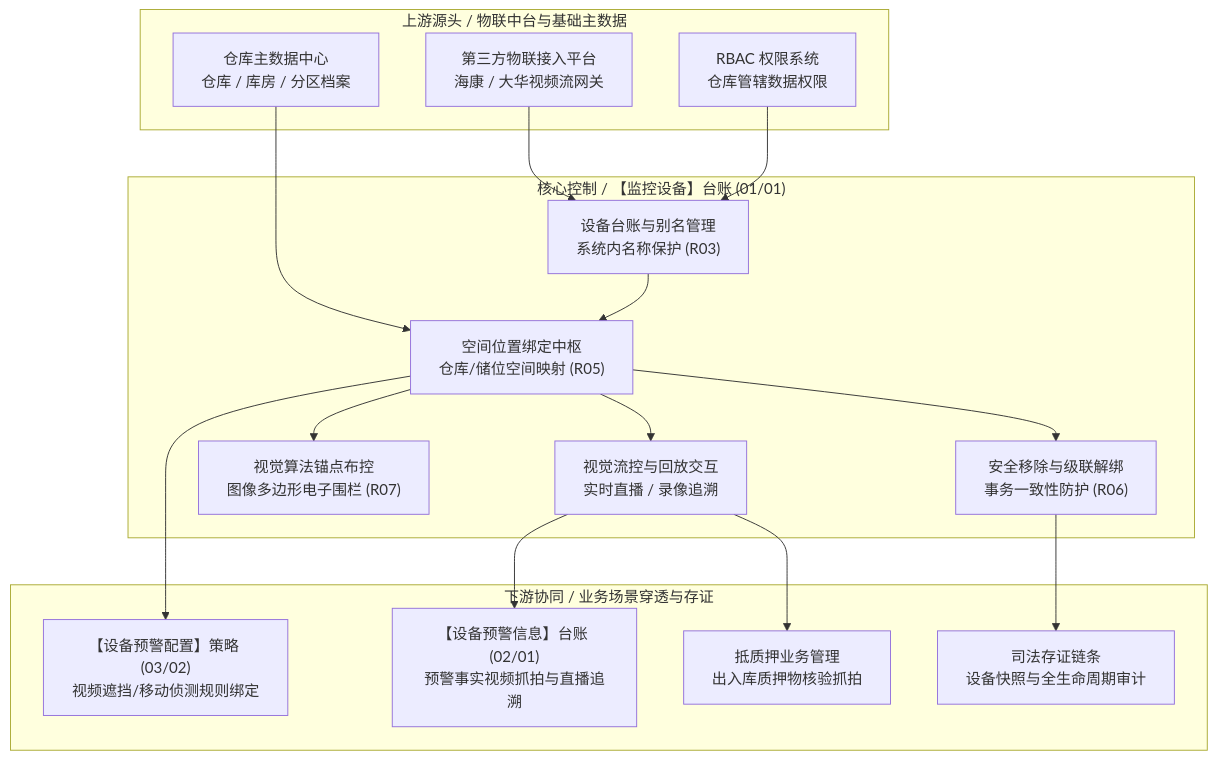
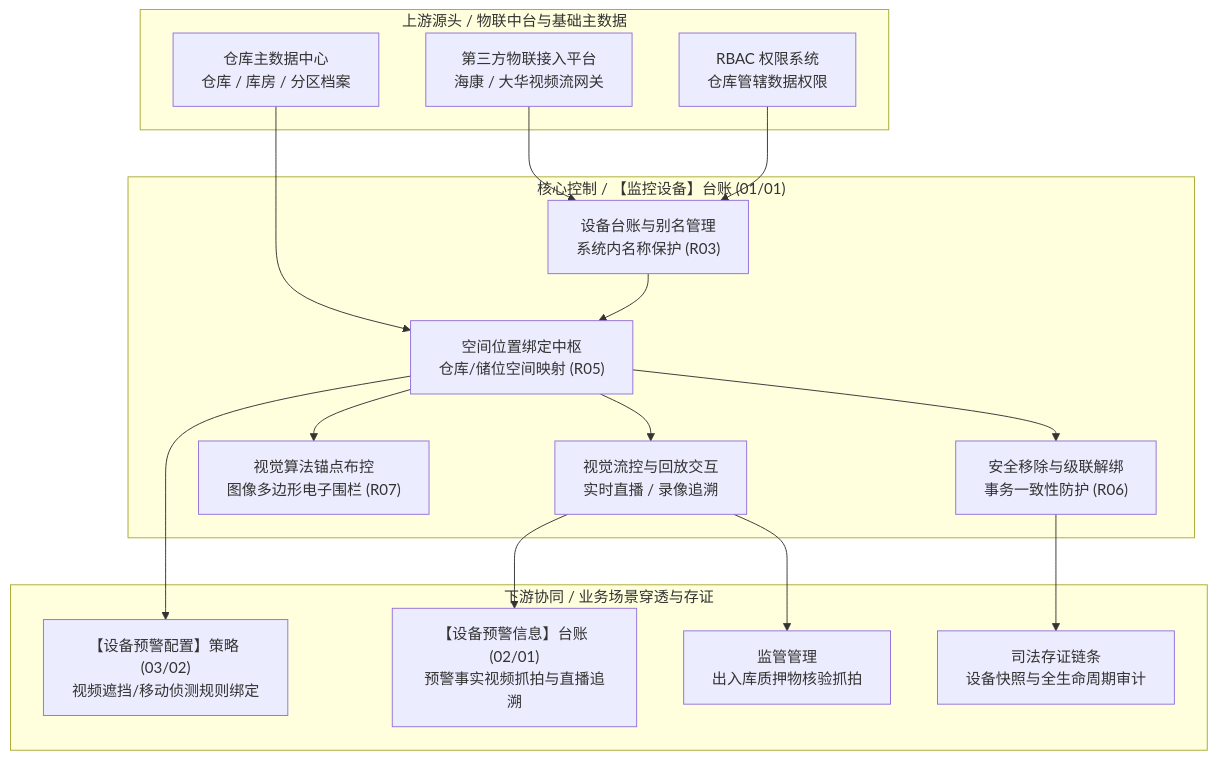
Before and after one commit to RobertHuang999/SYZC: the diagram in 02-PRD文档/🌟🌟🌟-最新基准版/B端PC/06-物联网IOT与预警/01-物联网IOT管理/01监控设备/监控设备主PRD.md, drawn with Mermaid. The commit also changed other lines of this file and 114 other files, not shown here.

````diff
--- a/02-PRD文档/🌟🌟🌟-最新基准版/B端PC/06-物联网IOT与预警/01-物联网IOT管理/01监控设备/监控设备主PRD.md
+++ b/02-PRD文档/🌟🌟🌟-最新基准版/B端PC/06-物联网IOT与预警/01-物联网IOT管理/01监控设备/监控设备主PRD.md
@@ -59,34 +59,34 @@
 ```mermaid
 flowchart TD
     subgraph S1["上游源头 / 物联中台与基础主数据"]
         A1["第三方物联接入平台<br/>海康 / 大华视频流网关"]
         A2["仓库主数据中心<br/>仓库 / 库房 / 分区档案"]
         A3["RBAC 权限系统<br/>仓库管辖数据权限"]
     end
 
     subgraph S2["核心控制 / 【监控设备】台账 (01/01)"]
         B1["设备台账与别名管理<br/>系统内名称保护 (R03)"]
         B2["空间位置绑定中枢<br/>仓库/储位空间映射 (R05)"]
         B3["视觉流控与回放交互<br/>实时直播 / 录像追溯"]
         B4["视觉算法锚点布控<br/>图像多边形电子围栏 (R07)"]
         B5["安全移除与级联解绑<br/>事务一致性防护 (R06)"]
     end
 
     subgraph S3["下游协同 / 业务场景穿透与存证"]
         C1["【设备预警配置】策略 (03/02)<br/>视频遮挡/移动侦测规则绑定"]
         C2["【设备预警信息】台账 (02/01)<br/>预警事实视频抓拍与直播追溯"]
-        C3["抵质押业务管理<br/>出入库质押物核验抓拍"]
+        C3["监管管理<br/>出入库质押物核验抓拍"]
         C4["司法存证链条<br/>设备快照与全生命周期审计"]
     end
 
     A1 --> B1
     A2 --> B2
     A3 --> B1
     B1 --> B2 --> B3
     B2 --> B4
     B2 --> B5
     B2 --> C1
     B3 --> C2
     B3 --> C3
     B5 --> C4
 ```
````
